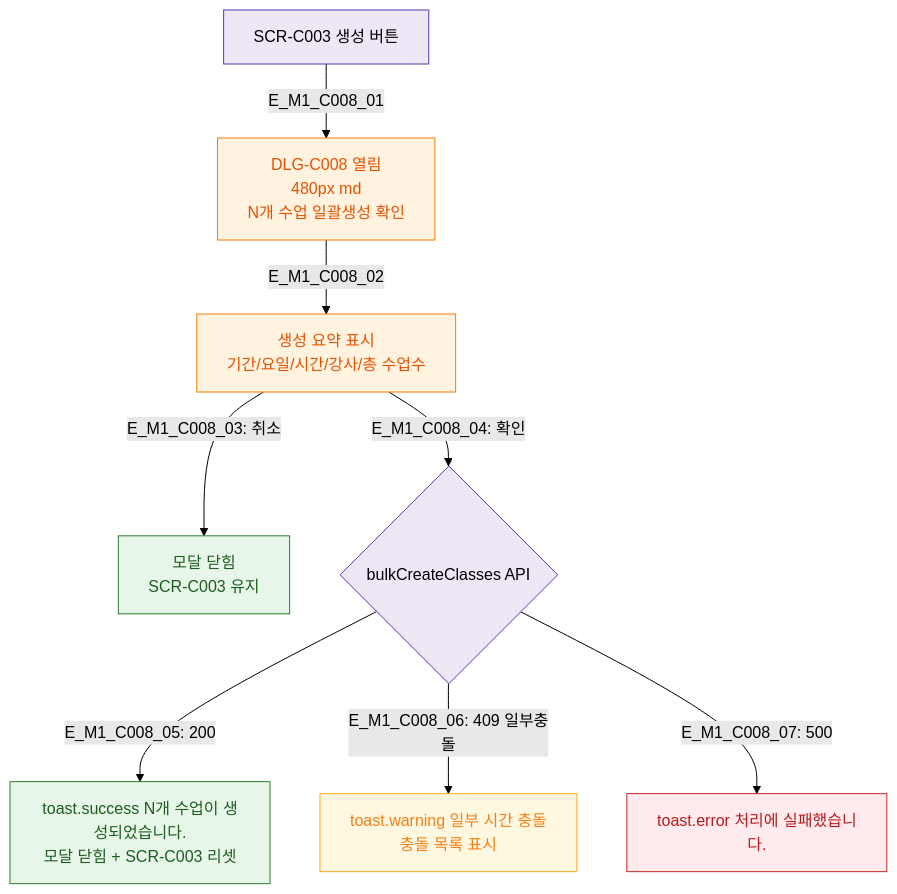
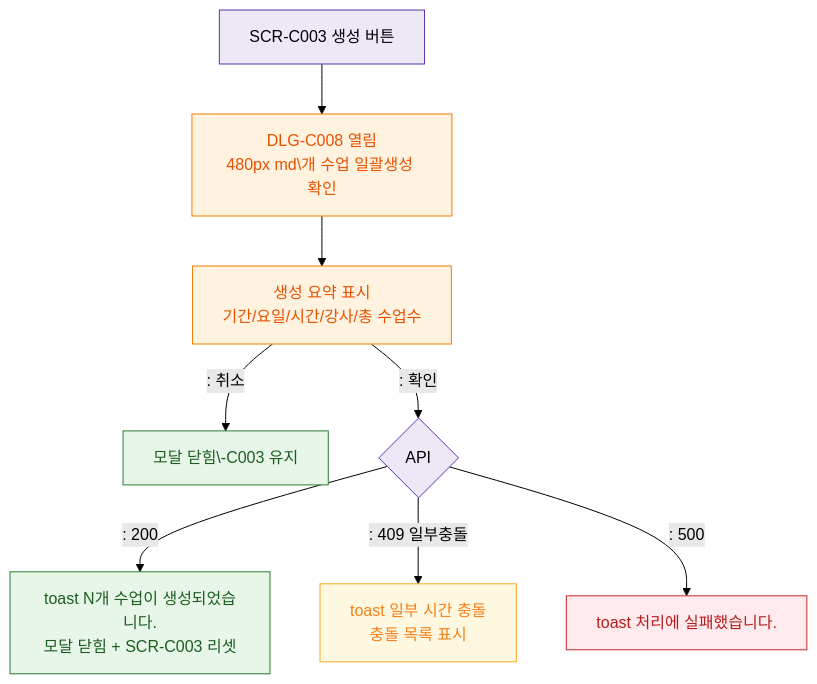
Before and after one commit to dev-spogym/admin-pando: the diagram in docs/다이어그램/D04_수업관리/DLG/DLG-C008_일괄생성확인/M1_생명주기.md, drawn with Mermaid (forest theme). The commit also changed other lines of this file and 1660 other files, not shown here.

First line of the commit message:
다이어그램: 기획자/클라이언트 납품본으로 정리

````diff
--- a/docs/다이어그램/D04_수업관리/DLG/DLG-C008_일괄생성확인/M1_생명주기.md
+++ b/docs/다이어그램/D04_수업관리/DLG/DLG-C008_일괄생성확인/M1_생명주기.md
@@ -20,21 +18,21 @@
 ```mermaid
 flowchart TD
-  Trigger[SCR-C003 생성 버튼] -->|E_M1_C008_01| Open[DLG-C008 열림\n480px md\nN개 수업 일괄생성 확인]
-  Open -->|E_M1_C008_02| ShowSummary[생성 요약 표시\n기간/요일/시간/강사/총 수업수]
-  ShowSummary -->|"E_M1_C008_03: 취소"| Close[모달 닫힘\nSCR-C003 유지]
-  ShowSummary -->|"E_M1_C008_04: 확인"| BulkCreate{bulkCreateClasses API}
-  BulkCreate -->|"E_M1_C008_05: 200"| Success[toast.success N개 수업이 생성되었습니다.\n모달 닫힘 + SCR-C003 리셋]
-  BulkCreate -->|"E_M1_C008_06: 409 일부충돌"| PartialConflict[toast.warning 일부 시간 충돌\n충돌 목록 표시]
-  BulkCreate -->|"E_M1_C008_07: 500"| SysErr[toast.error 처리에 실패했습니다.]
+  Trigger[SCR-C003 생성 버튼] --> Open[DLG-C008 열림\n480px md\개 수업 일괄생성 확인]
+  Open --> ShowSummary[생성 요약 표시\n기간/요일/시간/강사/총 수업수]
+  ShowSummary -->|": 취소"|Close[모달 닫힘\-C003 유지]
+  ShowSummary -->|": 확인"|BulkCreate{API}
+  BulkCreate -->|": 200"|Success[toast N개 수업이 생성되었습니다.\n모달 닫힘 + SCR-C003 리셋]
+  BulkCreate -->|": 409 일부충돌"|PartialConflict[toast 일부 시간 충돌\n충돌 목록 표시]
+  BulkCreate -->|": 500"|SysErr[toast 처리에 실패했습니다.]
 
   classDef modal fill:#FFF3E0,stroke:#F57C00,color:#E65100
   classDef system fill:#EDE7F6,stroke:#5E35B2
   classDef success fill:#E8F5E9,stroke:#2E7D32,color:#1B5E20
   classDef error fill:#FFEBEE,stroke:#C62828,color:#B71C1C
   classDef warning fill:#FFF8E1,stroke:#F9A825,color:#F57F17
   class Open,ShowSummary modal
   class Trigger,BulkCreate system
   class Success,Close success
   class SysErr error
   class PartialConflict warning
 ```
````
